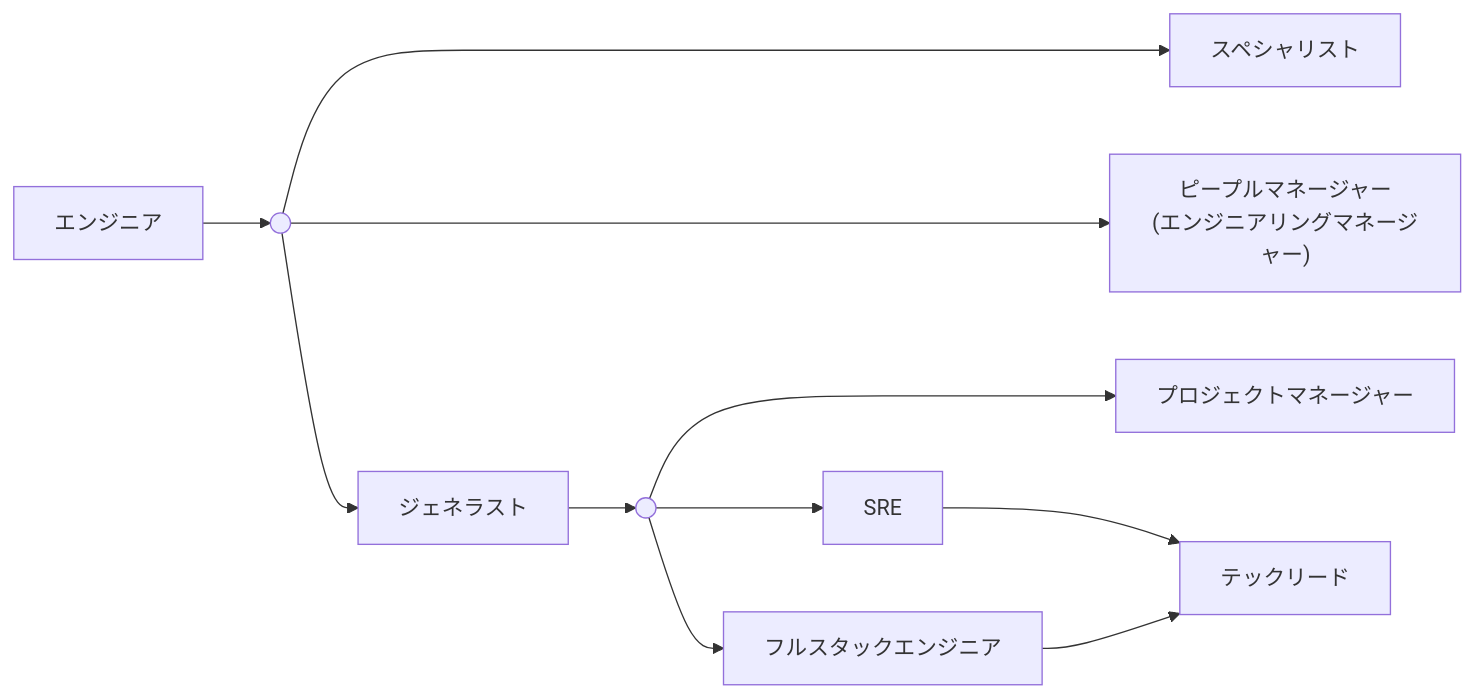
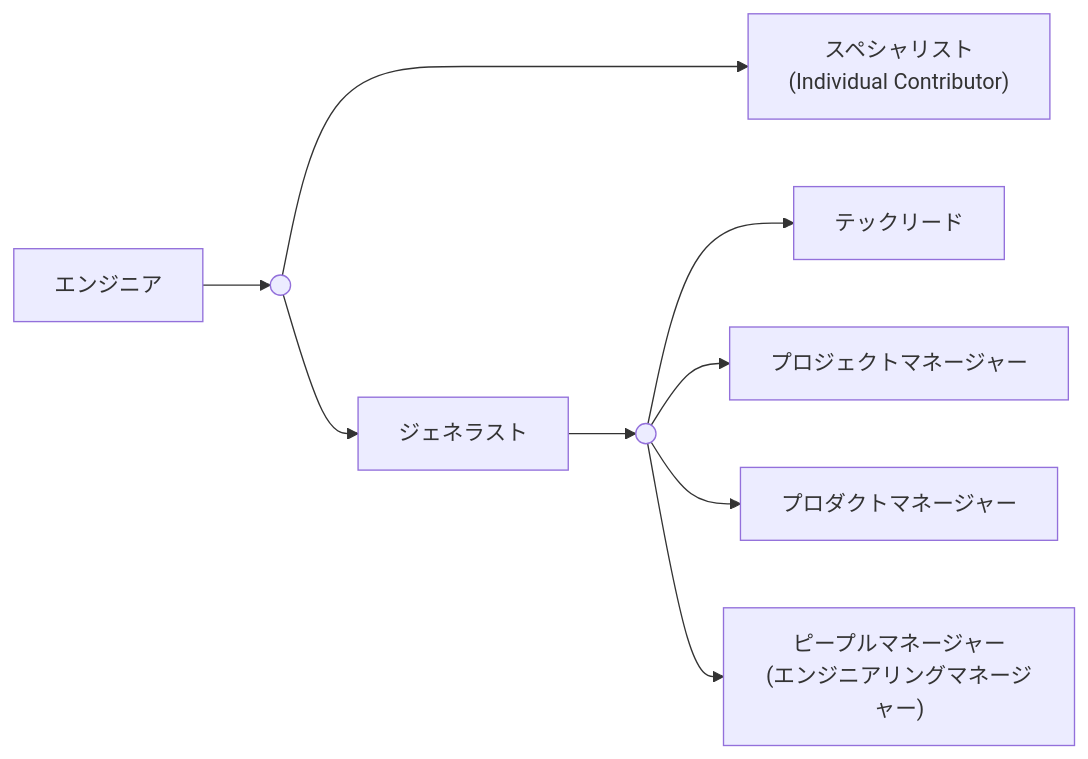
One commit to hiroki-it/tech-notebook changed the diagram in docs/software_development_methodology/software_development_organization.md. Above: the diagram before and after it, drawn with Mermaid. The commit also changed other lines of this file and 1 other file, not shown here.

Commit message:
update ノートを更新した。

````diff
--- a/docs/software_development_methodology/software_development_organization.md
+++ b/docs/software_development_methodology/software_development_organization.md
@@ -89,16 +89,13 @@
 ```mermaid
 flowchart LR
 
   エンジニア --> テックリードの基点(( ))
 
-  テックリードの基点 -----> スペシャリスト
-  テックリードの基点 -----> マネージャー["ピープルマネージャー<br>(エンジニアリングマネージャー)"]
+  テックリードの基点 ----> スペシャリスト["スペシャリスト<br>(Individual Contributor)"]
   テックリードの基点 --> ジェネラスト
   ジェネラスト --> ジェネラストの基点(( ))
-  ジェネラストの基点 ---> プロジェクトマネージャー
-  ジェネラストの基点 --> SRE
-  ジェネラストの基点 --> フルスタックエンジニア
-  SRE --> テックリード
-  フルスタックエンジニア --> テックリード
-
+ジェネラストの基点 --> テックリード
+  ジェネラストの基点 --> プロジェクトマネージャー
+  ジェネラストの基点 --> プロダクトマネージャー
+  ジェネラストの基点 --> マネージャー["ピープルマネージャー<br>(エンジニアリングマネージャー)"]
 ```
````
